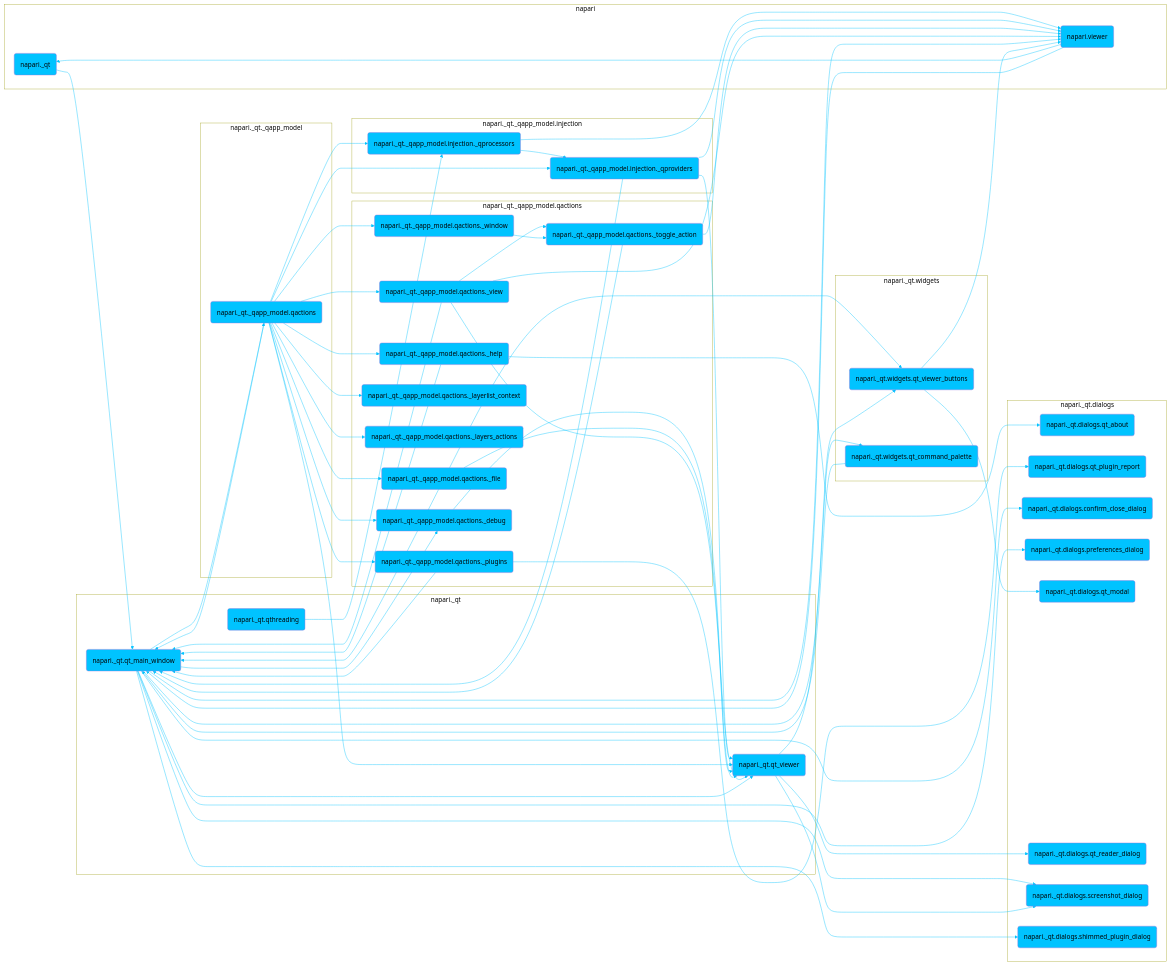
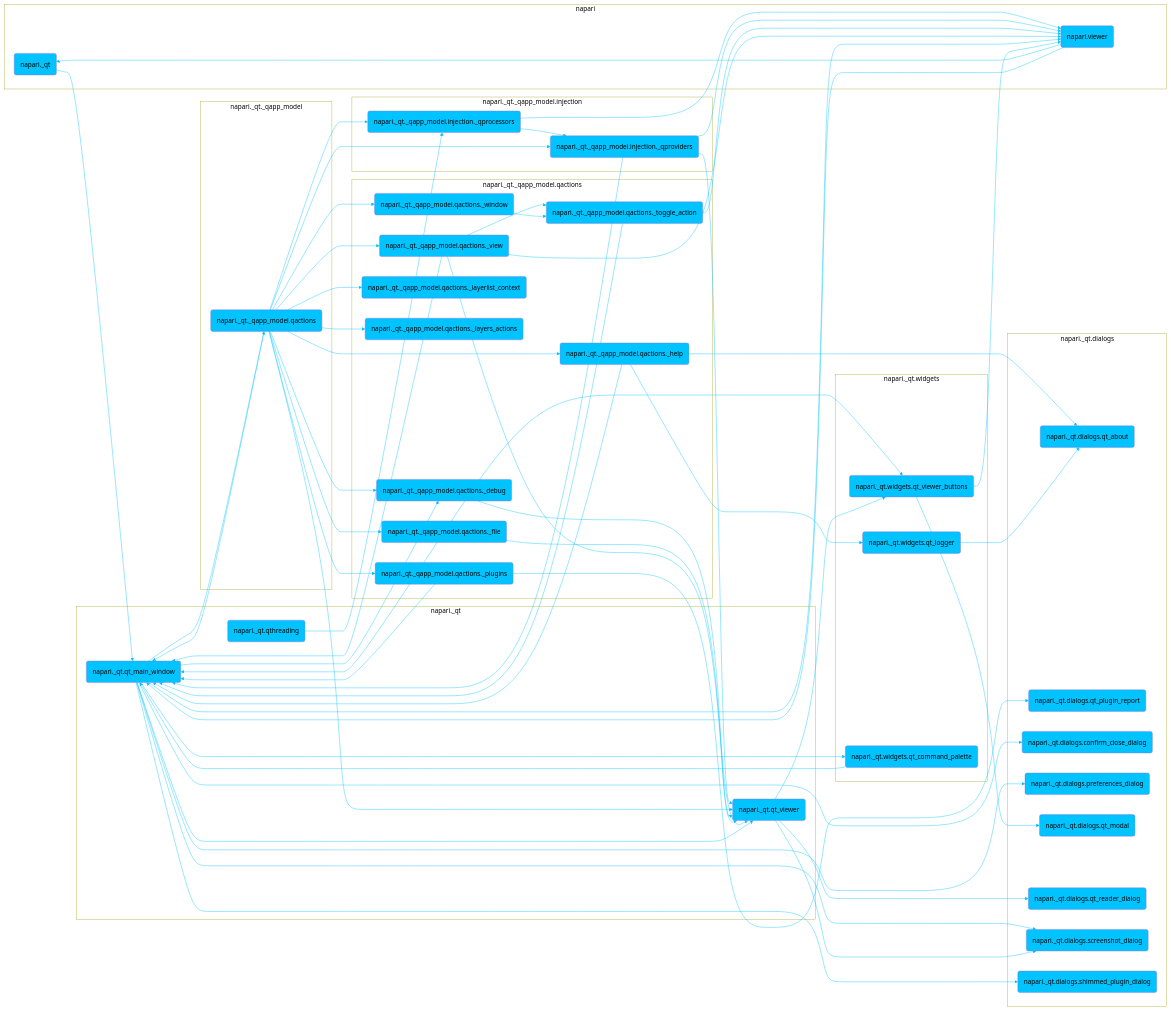
One commit to melissawm/napari.github.io changed the diagram in dev/_sources/developers/architecture/ui_sections/application_menus_ui.md. Above: the diagram before and after it, drawn with Mermaid. The commit also changed other lines of this file and 675 other files, not shown here.

```diff
--- a/dev/_sources/developers/architecture/ui_sections/application_menus_ui.md
+++ b/dev/_sources/developers/architecture/ui_sections/application_menus_ui.md
@@ -41,6 +41,7 @@
 	napari._qt._qapp_model.qactions._help(napari._qt._qapp_model.qactions._help)
 	napari._qt._qapp_model.qactions._help --> napari._qt.dialogs.qt_about
 	napari._qt._qapp_model.qactions._help --> napari._qt.qt_main_window
+	napari._qt._qapp_model.qactions._help --> napari._qt.widgets.qt_logger
 	click napari._qt._qapp_model.qactions._help "https://github.com/napari/napari/tree/main/napari/_qt/_qapp_model/qactions/_help.py" _blank
 	napari._qt._qapp_model.qactions._layerlist_context(napari._qt._qapp_model.qactions._layerlist_context)
 	click napari._qt._qapp_model.qactions._layerlist_context "https://github.com/napari/napari/tree/main/napari/_qt/_qapp_model/qactions/_layerlist_context.py" _blank
@@ -101,6 +102,9 @@
 	napari._qt.widgets.qt_command_palette(napari._qt.widgets.qt_command_palette)
 	napari._qt.widgets.qt_command_palette --> napari._qt.qt_main_window
 	click napari._qt.widgets.qt_command_palette "https://github.com/napari/napari/tree/main/napari/_qt/widgets/qt_command_palette.py" _blank
+	napari._qt.widgets.qt_logger(napari._qt.widgets.qt_logger)
+	napari._qt.widgets.qt_logger --> napari._qt.dialogs.qt_about
+	click napari._qt.widgets.qt_logger "https://github.com/napari/napari/tree/main/napari/_qt/widgets/qt_logger.py" _blank
 	napari._qt.widgets.qt_viewer_buttons(napari._qt.widgets.qt_viewer_buttons)
 	napari._qt.widgets.qt_viewer_buttons --> napari._qt.dialogs.qt_modal
 	napari._qt.widgets.qt_viewer_buttons --> napari.viewer
@@ -154,6 +158,7 @@
 	class module.napari._qt subgraphs
 	subgraph module.napari._qt.widgets[napari._qt.widgets]
 		 napari._qt.widgets.qt_command_palette
+		 napari._qt.widgets.qt_logger
 		 napari._qt.widgets.qt_viewer_buttons
 	end
 	class module.napari._qt.widgets subgraphs
```
